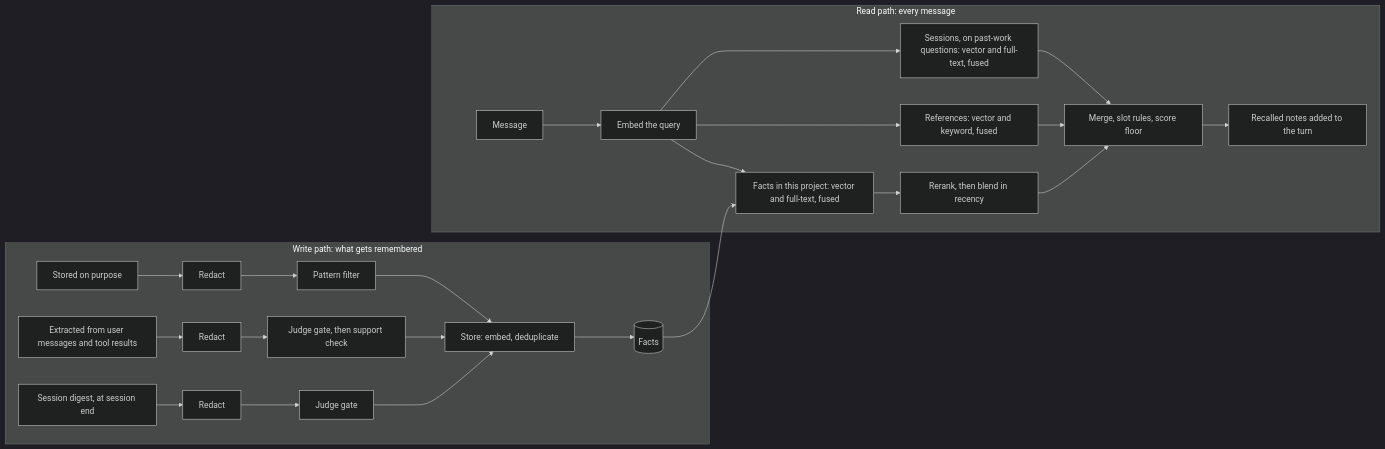
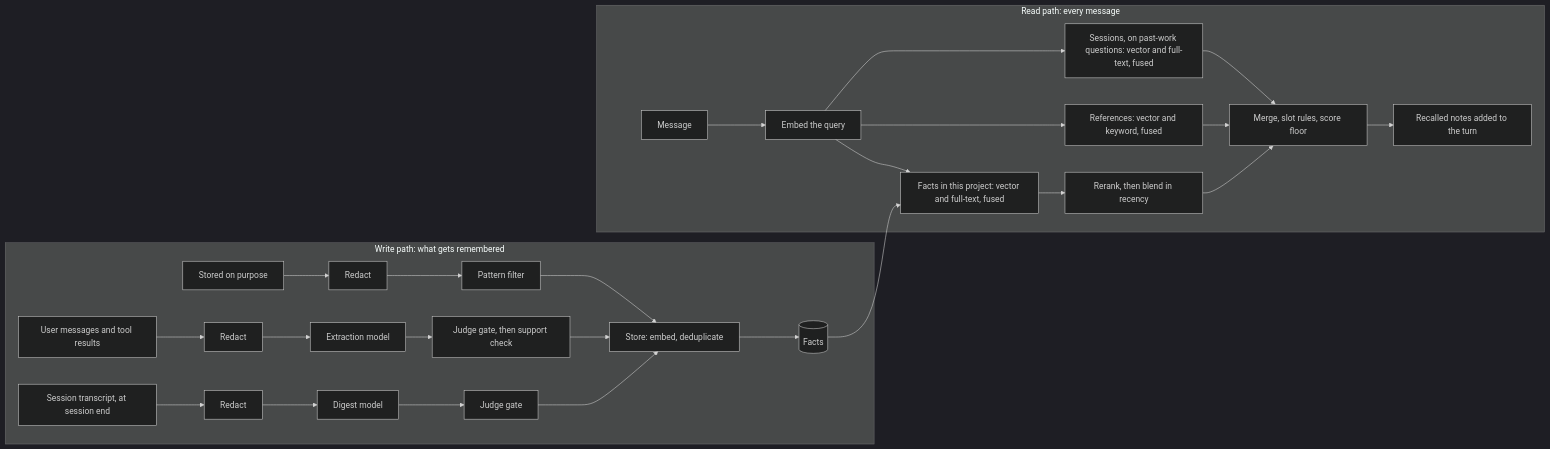
One commit to andrewalhaj/Custom-Hermes-Agent-Final changed the first of 2 diagrams in ARCHITECTURE.md. Above: the diagram before and after it, drawn with Mermaid (dark theme). The commit also changed other lines of this file, not shown here.

First line of the commit message:
docs: fix round-2 review findings in ARCHITECTURE.md

````diff
--- a/ARCHITECTURE.md
+++ b/ARCHITECTURE.md
@@ -47,24 +57,24 @@
 ```mermaid
 flowchart LR
   subgraph W["Write path: what gets remembered"]
     A["Stored on purpose"] --> R1["Redact"] --> F1["Pattern filter"]
-    B["Extracted from user messages and tool results"] --> R2["Redact"] --> F2["Judge gate, then support check"]
-    C["Session digest, at session end"] --> R3["Redact"] --> F3["Judge gate"]
+    B["User messages and tool results"] --> R2["Redact"] --> X["Extraction model"] --> F2["Judge gate, then support check"]
+    C["Session transcript, at session end"] --> R3["Redact"] --> D["Digest model"] --> F3["Judge gate"]
     F1 --> S["Store: embed, deduplicate"]
     F2 --> S
     F3 --> S
     S --> K[("Facts")]
   end
   subgraph R["Read path: every message"]
     Q["Message"] --> E["Embed the query"]
     E --> KS["Facts in this project: vector and full-text, fused"]
     KS --> RR["Rerank, then blend in recency"]
     E --> RS["References: vector and keyword, fused"]
     E --> SS["Sessions, on past-work questions: vector and full-text, fused"]
     RR --> M["Merge, slot rules, score floor"]
     RS --> M
     SS --> M
     M --> N["Recalled notes added to the turn"]
   end
   K --> KS
 ```
````
